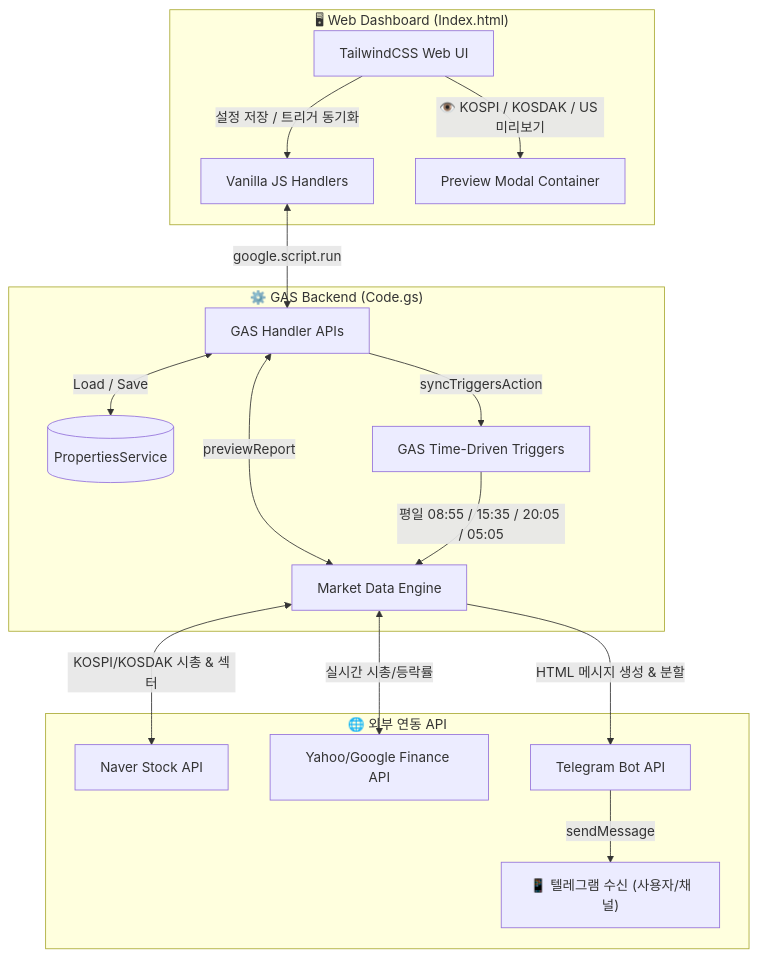
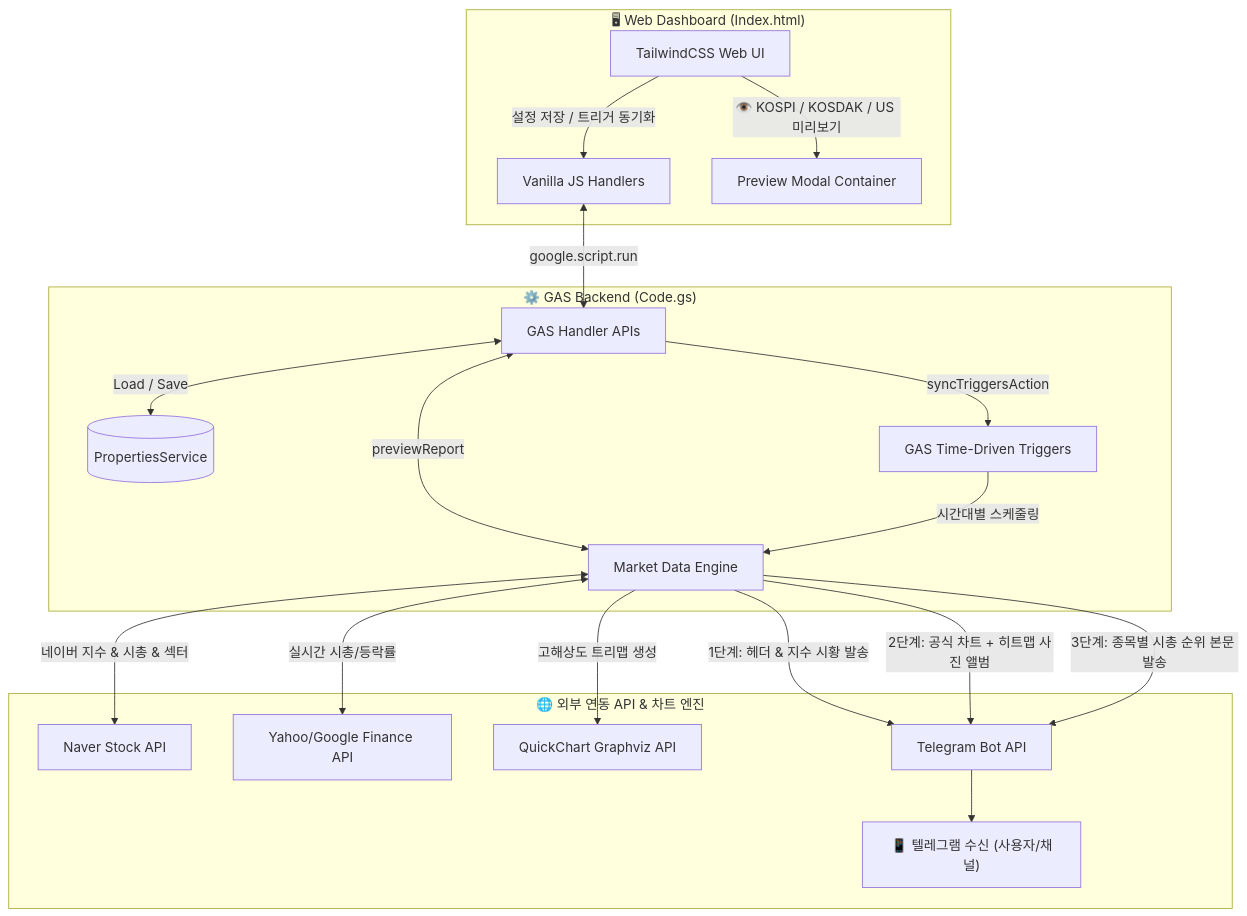
The diagram in README.md (moozuknet/StockRankInfo), drawn with Mermaid before and after one commit. The commit also changed other lines of this file and 4 other files, not shown here.

````diff
--- a/README.md
+++ b/README.md
@@ -59,22 +72,25 @@
 ```mermaid
 flowchart TD
     subgraph Frontend["🖥 Web Dashboard (Index.html)"]
         UI[TailwindCSS Web UI] -->|설정 저장 / 트리거 동기화| JS[Vanilla JS Handlers]
         UI -->|👁️ KOSPI / KOSDAK / US 미리보기| PreviewModal[Preview Modal Container]
     end
 
     subgraph Backend["⚙️ GAS Backend (Code.gs)"]
         JS <-->|google.script.run| API[GAS Handler APIs]
         API <-->|previewReport| Scraper[Market Data Engine]
         API <-->|Load / Save| Storage[(PropertiesService)]
         API -->|syncTriggersAction| Scheduler[GAS Time-Driven Triggers]
     end
 
-    subgraph External["🌐 외부 연동 API"]
-        Scheduler -->|평일 08:55 / 15:35 / 20:05 / 05:05| Scraper
-        Scraper <-->|KOSPI/KOSDAK 시총 & 섹터| Naver[Naver Stock API]
+    subgraph External["🌐 외부 연동 API & 차트 엔진"]
+        Scheduler -->|시간대별 스케줄링| Scraper
+        Scraper <-->|네이버 지수 & 시총 & 섹터| Naver[Naver Stock API]
         Scraper <-->|실시간 시총/등락률| Yahoo[Yahoo/Google Finance API]
-        Scraper -->|HTML 메시지 생성 & 분할| Telegram[Telegram Bot API]
-        Telegram -->|sendMessage| UserDevice["📱 텔레그램 수신 (사용자/채널)"]
+        Scraper -->|고해상도 트리맵 생성| QuickChart[QuickChart Graphviz API]
+        Scraper -->|1단계: 헤더 & 지수 시황 발송| Telegram[Telegram Bot API]
+        Scraper -->|2단계: 공식 차트 + 히트맵 사진 앨범| Telegram
+        Scraper -->|3단계: 종목별 시총 순위 본문 발송| Telegram
+        Telegram --> UserDevice["📱 텔레그램 수신 (사용자/채널)"]
     end
 ```
````
